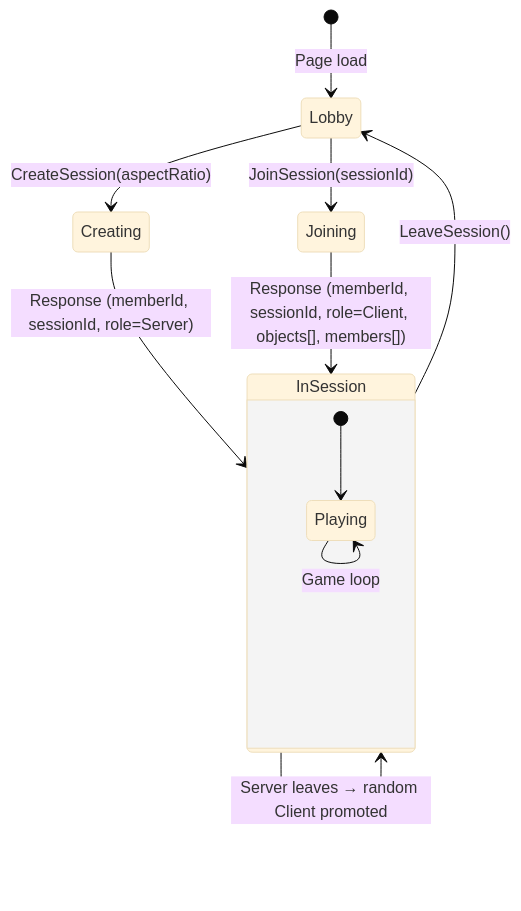
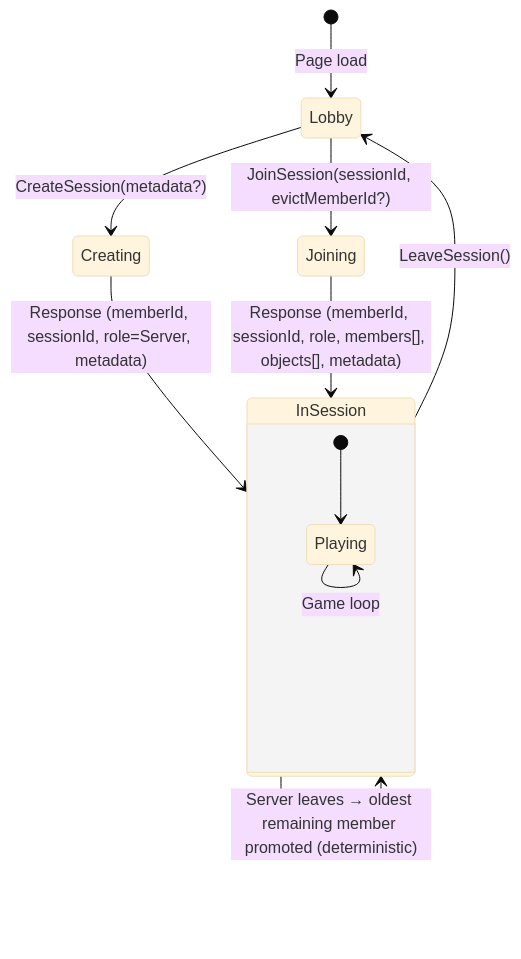
Diagram 15 of 33 in ARCHITECTURE.md (badvoidstar/asteroids), drawn with Mermaid (base theme) before and after one commit. The commit also changed other lines of this file, not shown here.

First line of the commit message:
docs: update ARCHITECTURE.md to current code state

````diff
--- a/ARCHITECTURE.md
+++ b/ARCHITECTURE.md
@@ -406,15 +455,15 @@
 ```mermaid
 stateDiagram-v2
     [*] --> Lobby: Page load
-    Lobby --> Creating: CreateSession(aspectRatio)
-    Lobby --> Joining: JoinSession(sessionId)
-    Creating --> InSession: Response (memberId, sessionId, role=Server)
-    Joining --> InSession: Response (memberId, sessionId, role=Client, objects[], members[])
+    Lobby --> Creating: CreateSession(metadata?)
+    Lobby --> Joining: JoinSession(sessionId, evictMemberId?)
+    Creating --> InSession: Response (memberId, sessionId, role=Server, metadata)
+    Joining --> InSession: Response (memberId, sessionId, role, members[], objects[], metadata)
     InSession --> Lobby: LeaveSession()
-    InSession --> InSession: Server leaves → random Client promoted
+    InSession --> InSession: Server leaves → oldest remaining member promoted (deterministic)
 
     state InSession {
         [*] --> Playing
         Playing --> Playing: Game loop
     }
 ```
````
